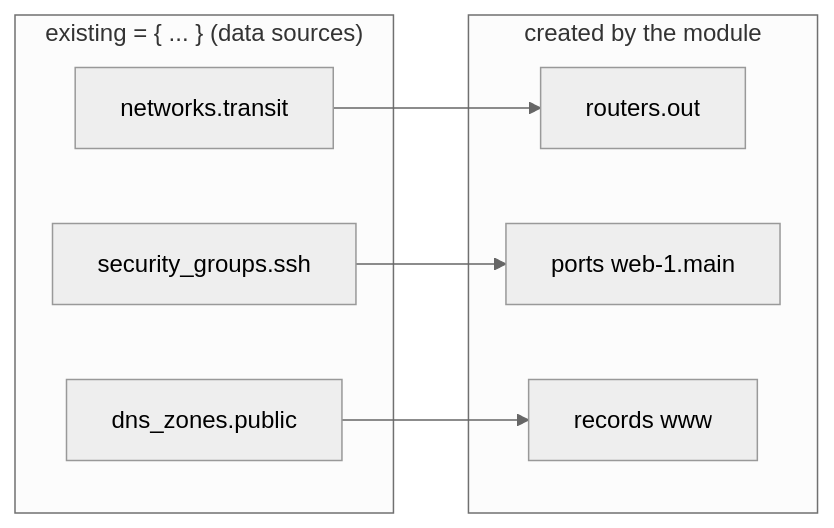
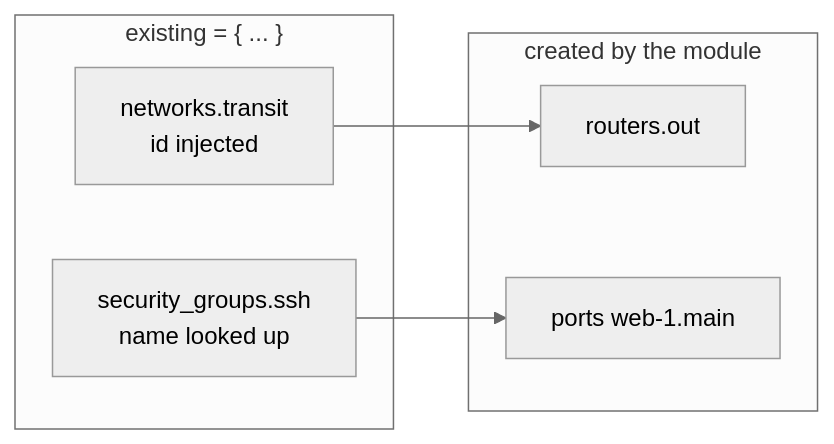
The diagram in docs/architecture.md (CyprisTech/terraform-openstack-tenant), drawn with Mermaid (neutral theme) before and after one commit. The commit also changed other lines of this file and 3 other files, not shown here.

````diff
--- a/docs/architecture.md
+++ b/docs/architecture.md
@@ -38,16 +45,13 @@
 ```mermaid
 flowchart LR
-    subgraph existing["existing = { ... }  (data sources)"]
-        N["networks.transit"]
-        S["security_groups.ssh"]
-        Z["dns_zones.public"]
+    subgraph existing["existing = { ... }"]
+        N["networks.transit<br/>id injected"]
+        S["security_groups.ssh<br/>name looked up"]
     end
     subgraph created["created by the module"]
         R["routers.out"]
         P["ports web-1.main"]
-        D["records www"]
     end
     N --> R
     S --> P
-    Z --> D
 ```
````
